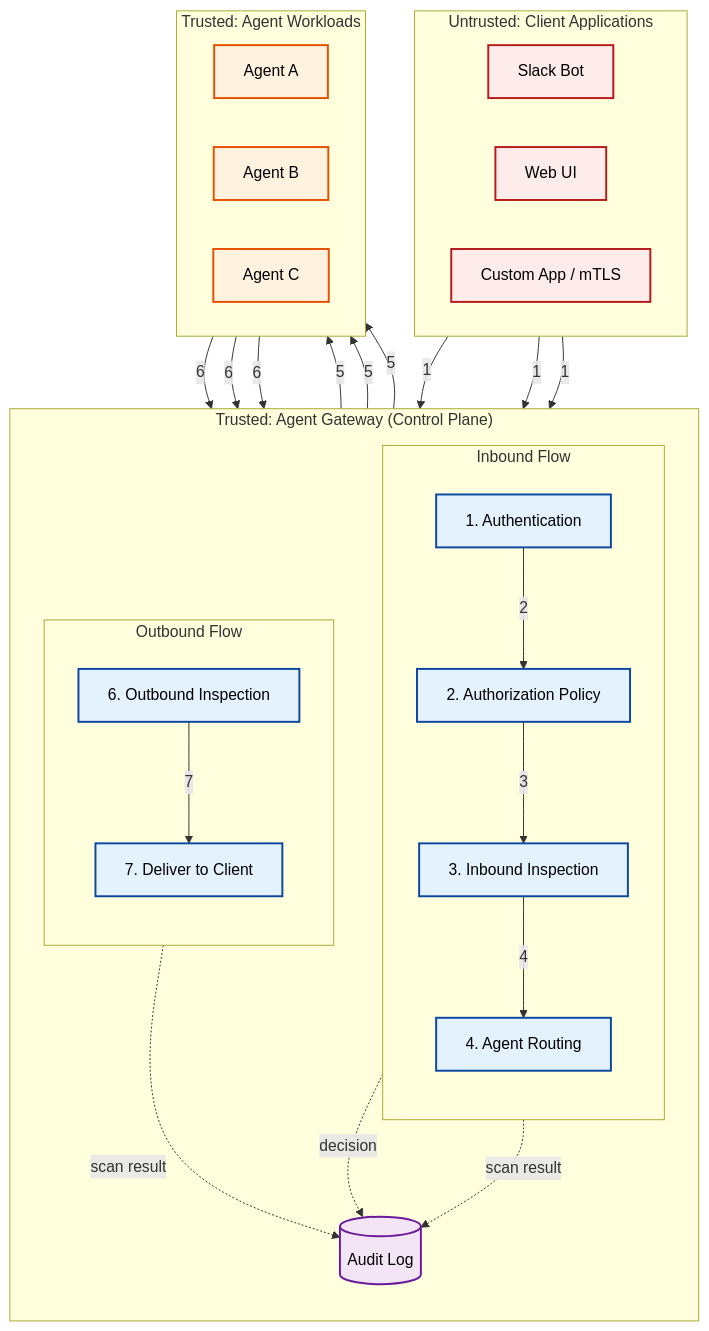
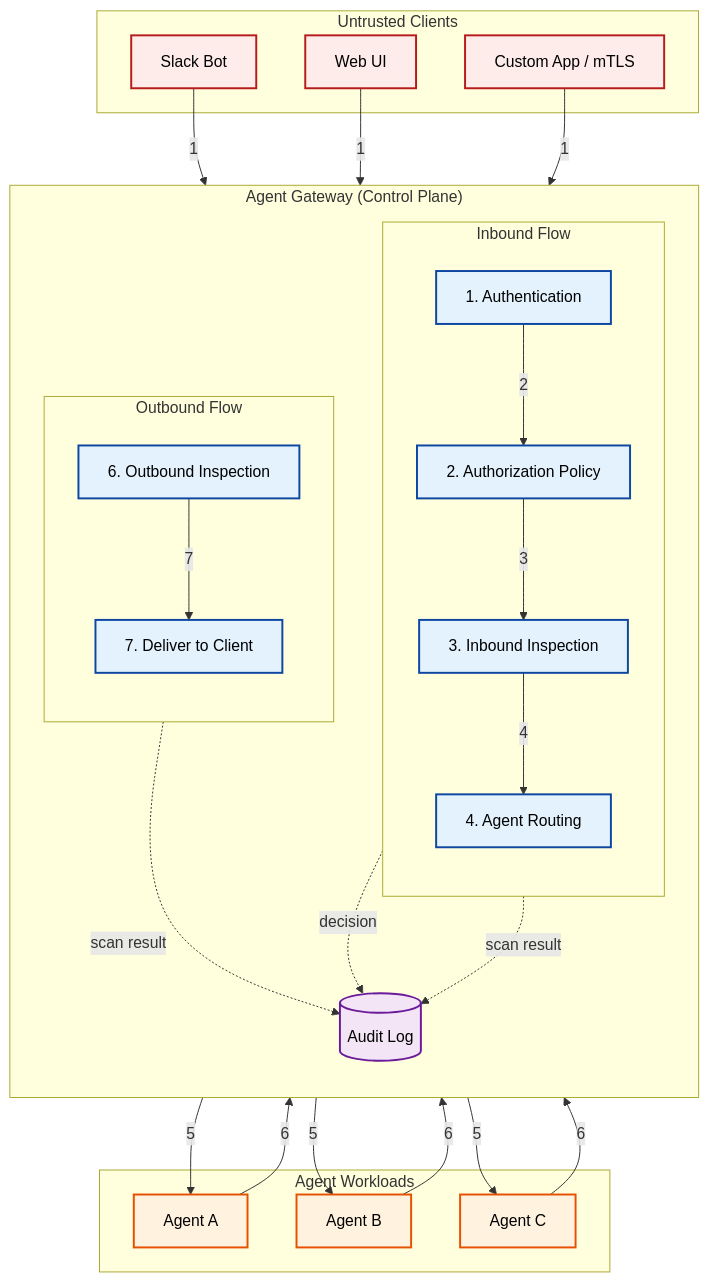
One commit to maheshkukreja/secure-patterns changed the diagram in patterns/ai_agent_gateway/README.md. Above: the diagram before and after it, drawn with Mermaid.

Commit message:
unhide couple of words

````diff
--- a/patterns/ai_agent_gateway/README.md
+++ b/patterns/ai_agent_gateway/README.md
@@ -11,63 +11,60 @@
 ```mermaid
 flowchart TB
     %% ========= Styles =========
     classDef untrusted fill:#fdecea,stroke:#b71c1c,stroke-width:2px,color:#000;
     classDef control fill:#e3f2fd,stroke:#0d47a1,stroke-width:2px,color:#000;
     classDef workload fill:#fff3e0,stroke:#e65100,stroke-width:2px,color:#000;
     classDef data fill:#f3e5f5,stroke:#6a1b9a,stroke-width:2px,color:#000;
 
     %% ========= Untrusted Zone (Top) =========
-    subgraph Untrusted["Untrusted: Client Applications"]
-        direction LR
+    subgraph Untrusted["Untrusted Clients"]
         Slack[Slack Bot]:::untrusted
         Web[Web UI]:::untrusted
         CLI[Custom App / mTLS]:::untrusted
     end
 
     %% ========= Control Plane (Middle) =========
-    subgraph Gateway["Trusted: Agent Gateway (Control Plane)"]
+    subgraph Gateway["Agent Gateway (Control Plane)"]
         direction TB
 
         subgraph Inbound["Inbound Flow"]
             direction TB
             AuthN[1. Authentication]:::control
             AuthZ[2. Authorization Policy]:::control
             InDLP[3. Inbound Inspection]:::control
             Router[4. Agent Routing]:::control
 
             AuthN -->|2| AuthZ -->|3| InDLP -->|4| Router
         end
 
         subgraph Outbound["Outbound Flow"]
             direction TB
             OutDLP[6. Outbound Inspection]:::control
             Egress[7. Deliver to Client]:::control
 
             OutDLP -->|7| Egress
         end
 
         Logs[(Audit Log)]:::data
 
-        %% Invisible links to force the engine to place these side-by-side
-        Inbound ~~~ Logs
-        Logs ~~~ Outbound
+        %% Force side-by-side layout
+        Inbound ~~~ Logs ~~~ Outbound
 
         %% Logging Links
         AuthZ -.->|decision| Logs
         InDLP -.->|scan result| Logs
         OutDLP -.->|scan result| Logs
     end
 
     %% ========= Workloads (Bottom) =========
-    subgraph Agents["Trusted: Agent Workloads"]
-        direction LR
+    subgraph Agents["Agent Workloads"]
         A1[Agent A]:::workload
         A2[Agent B]:::workload
         A3[Agent C]:::workload
     end
 
     %% ========= The "U-Shape" Pipeline Connections =========
     Slack & Web & CLI -->|1| AuthN
     Router -->|5| A1 & A2 & A3
     A1 & A2 & A3 -->|6| OutDLP
 ```
````
